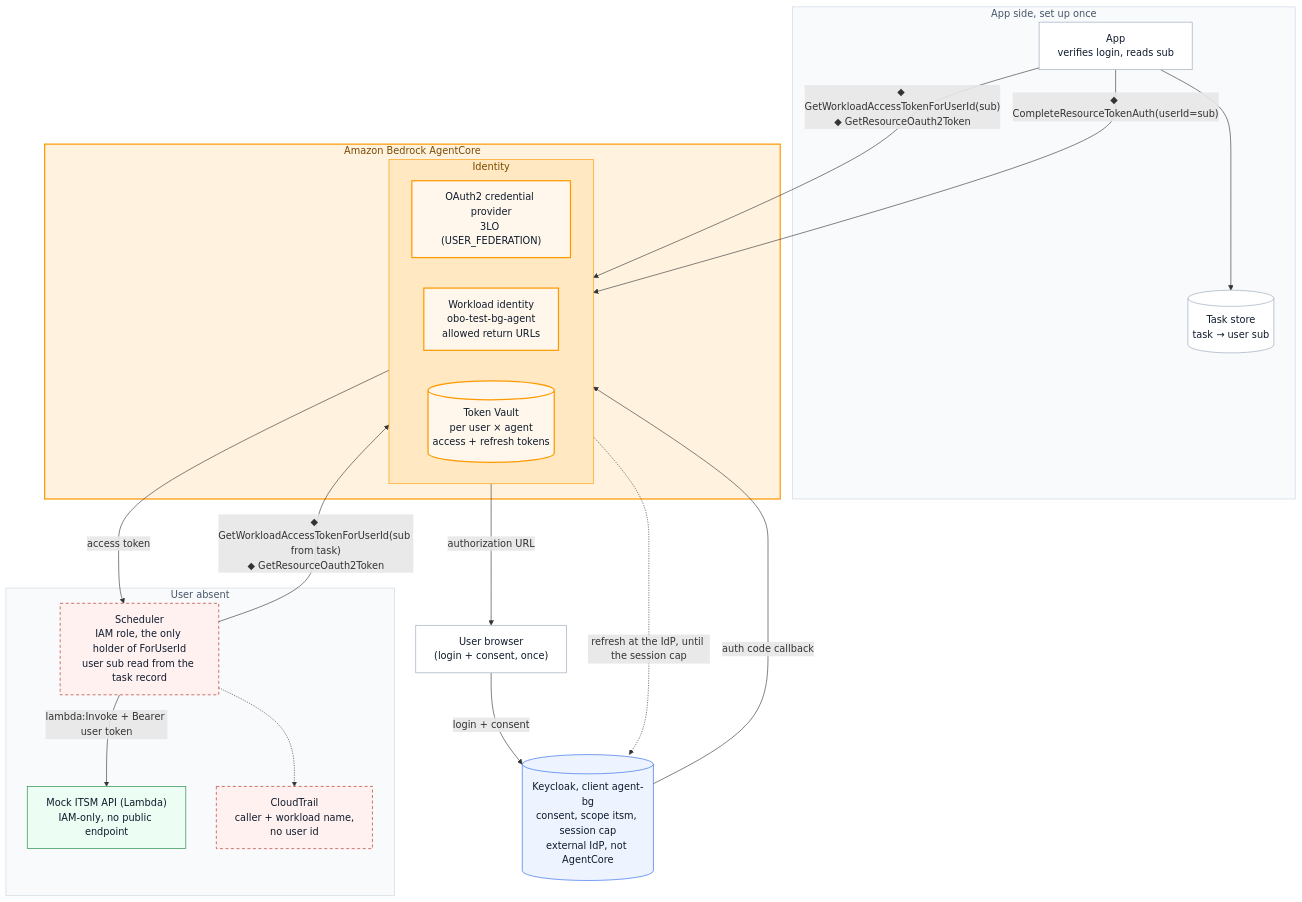
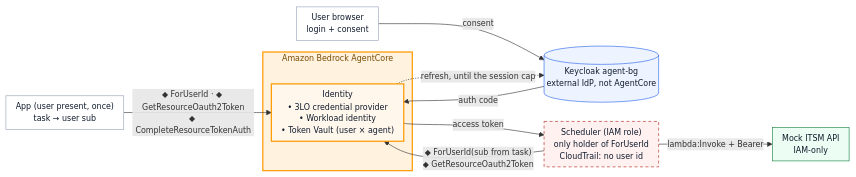
One commit to zanbei/agentcore-delegated-auth-poc changed the diagram in docs/diagrams/poc2-en.mmd. Above: the diagram before and after it, drawn with Mermaid. The commit also changed 5 other files, not shown here.

Commit message:
Make architecture diagrams compact

```diff
--- a/docs/diagrams/poc2-en.mmd
+++ b/docs/diagrams/poc2-en.mmd
@@ -1,45 +1,23 @@
-flowchart TB
-    U2["User browser<br/>(login + consent, once)"]
-    subgraph setup["App side, set up once"]
-        APP["App<br/>verifies login, reads sub"]
-        T[("Task store<br/>task → user sub")]
+%%{init: {"flowchart": {"nodeSpacing": 18, "rankSpacing": 28, "padding": 8}, "themeVariables": {"fontSize": "13px"}}}%%
+flowchart LR
+    APP["App (user present, once)<br/>task → user sub"] -->|"◆ ForUserId · ◆ GetResourceOauth2Token<br/>◆ CompleteResourceTokenAuth"| ID
+    subgraph AC["Amazon Bedrock AgentCore"]
+        ID["Identity<br/>• 3LO credential provider<br/>• Workload identity<br/>• Token Vault (user × agent)"]
     end
-    subgraph AC["Amazon Bedrock AgentCore"]
-        subgraph ID["Identity"]
-            direction LR
-            CP["OAuth2 credential provider<br/>3LO (USER_FEDERATION)"]
-            WI["Workload identity<br/>obo-test-bg-agent<br/>allowed return URLs"]
-            V[("Token Vault<br/>per user × agent<br/>access + refresh tokens")]
-        end
-    end
-    K2[("Keycloak, client agent-bg<br/>consent, scope itsm, session cap<br/>external IdP, not AgentCore")]
-    subgraph absent["User absent"]
-        S["Scheduler<br/>IAM role, the only holder of ForUserId<br/>user sub read from the task record"]
-        D2["Mock ITSM API (Lambda)<br/>IAM-only, no public endpoint"]
-        CT["CloudTrail<br/>caller + workload name,<br/>no user id"]
-    end
-    APP -->|"◆ GetWorkloadAccessTokenForUserId(sub)<br/>◆ GetResourceOauth2Token"| CP
-    CP -->|"authorization URL"| U2
-    U2 -->|"login + consent"| K2
-    K2 -->|"auth code callback"| V
-    APP -->|"◆ CompleteResourceTokenAuth(userId=sub)"| V
-    APP --> T
-    S -->|"◆ GetWorkloadAccessTokenForUserId(sub from task)<br/>◆ GetResourceOauth2Token"| V
-    V -->|"access token"| S
-    V -.->|"refresh at the IdP, until the session cap"| K2
-    S -->|"lambda:Invoke + Bearer user token"| D2
-    S -.-> CT
+    B["User browser<br/>login + consent"] -->|"consent"| K[("Keycloak agent-bg<br/>external IdP, not AgentCore")]
+    K -->|"auth code"| ID
+    ID -.->|"refresh, until the session cap"| K
+    S["Scheduler (IAM role)<br/>only holder of ForUserId<br/>CloudTrail: no user id"] -->|"◆ ForUserId(sub from task)<br/>◆ GetResourceOauth2Token"| ID
+    ID -->|"access token"| S
+    S -->|"lambda:Invoke + Bearer"| D["Mock ITSM API<br/>IAM-only"]
     classDef agentcore fill:#fff7eb,stroke:#ff9900,stroke-width:2px,color:#0f1b2d
     classDef idp fill:#eef4ff,stroke:#2563eb,color:#0f1b2d
     classDef app fill:#ffffff,stroke:#94a3b8,color:#0f1b2d
     classDef down fill:#ecfdf3,stroke:#15803d,color:#0f1b2d
     classDef risk fill:#fff1f0,stroke:#b42318,stroke-dasharray:5 4,color:#0f1b2d
-    class CP,WI,V agentcore
-    class K2 idp
-    class U2,APP,T app
-    class D2 down
-    class S,CT risk
     style AC fill:#fff3e0,stroke:#ff9900,stroke-width:2px,color:#7a4a00
-    style ID fill:#ffe8c2,stroke:#ff9900,color:#7a4a00
-    style setup fill:#f8fafc,stroke:#cbd5e1,color:#475569
-    style absent fill:#f8fafc,stroke:#cbd5e1,color:#475569
+    class ID agentcore
+    class K idp
+    class APP,B app
+    class D down
+    class S risk
```
